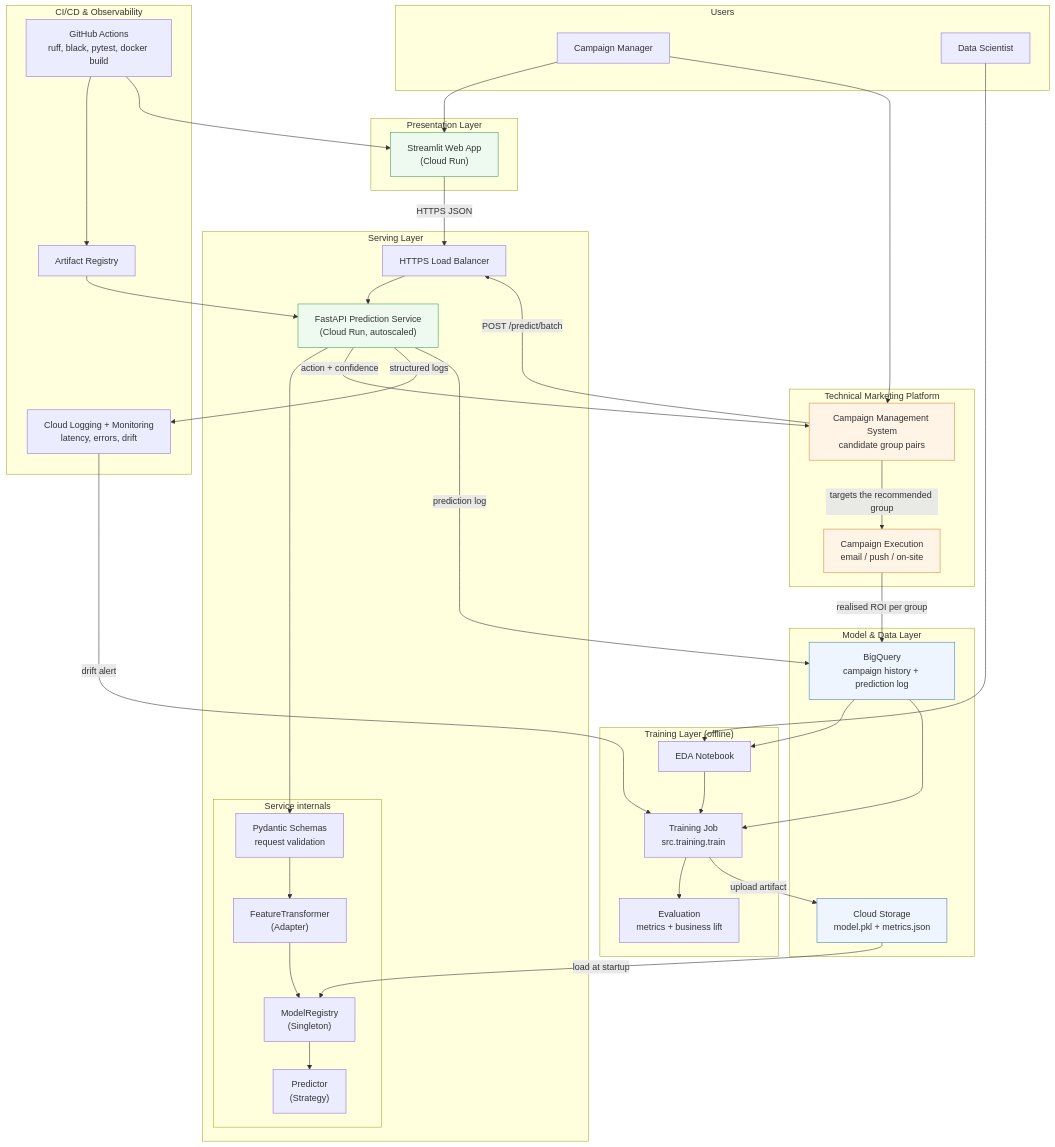
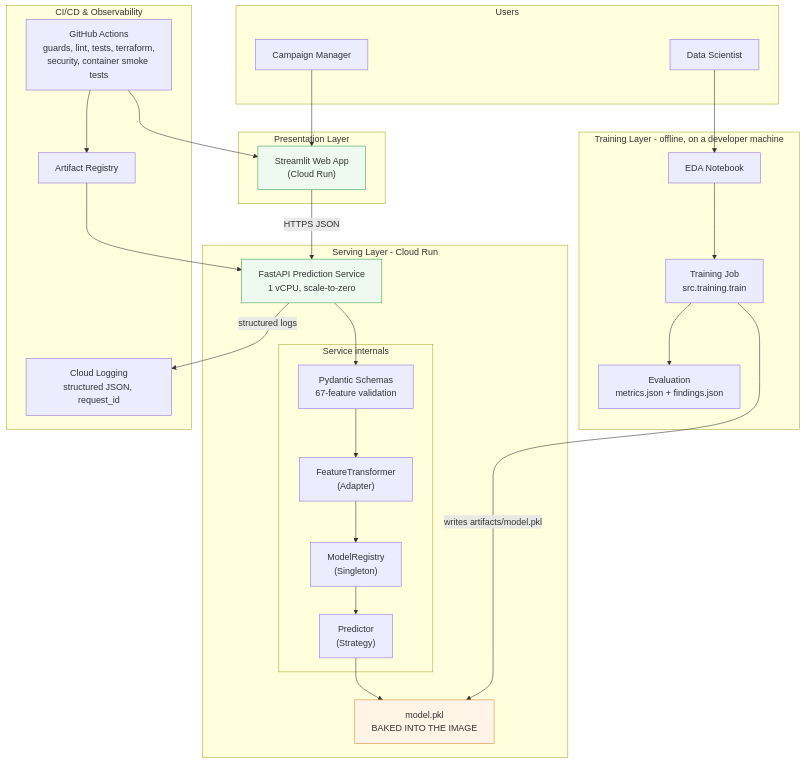
Before and after one commit to venkatasuda/campaign-group-predictor: the first of 4 diagrams in docs/architecture.md, drawn with Mermaid. The commit also changed other lines of this file and 7 other files, not shown here.

Commit message:
Review points 1-10: model_version, validation 422 fix, structured prediction logs, diagram split, timeout, dedup

````diff
--- a/docs/architecture.md
+++ b/docs/architecture.md
@@ -13,78 +28,54 @@
 ```mermaid
 flowchart TB
     subgraph Users["Users"]
         CM["Campaign Manager"]
         DS["Data Scientist"]
     end
 
-    subgraph Marketing["Technical Marketing Platform"]
-        CMP["Campaign Management System<br/>candidate group pairs"]
-        EXEC["Campaign Execution<br/>email / push / on-site"]
-    end
-
     subgraph Frontend["Presentation Layer"]
         UI["Streamlit Web App<br/>(Cloud Run)"]
     end
 
-    subgraph Backend["Serving Layer"]
-        LB["HTTPS Load Balancer"]
-        API["FastAPI Prediction Service<br/>(Cloud Run, autoscaled)"]
+    subgraph Backend["Serving Layer - Cloud Run"]
+        API["FastAPI Prediction Service<br/>1 vCPU, scale-to-zero"]
         subgraph Internals["Service internals"]
-            SCH["Pydantic Schemas<br/>request validation"]
+            SCH["Pydantic Schemas<br/>67-feature validation"]
             ADP["FeatureTransformer<br/>(Adapter)"]
             REG["ModelRegistry<br/>(Singleton)"]
             PRD["Predictor<br/>(Strategy)"]
         end
+        MDL["model.pkl<br/>BAKED INTO THE IMAGE"]
     end
 
-    subgraph Storage["Model & Data Layer"]
-        GCS["Cloud Storage<br/>model.pkl + metrics.json"]
-        BQ["BigQuery<br/>campaign history + prediction log"]
-    end
-
-    subgraph Training["Training Layer (offline)"]
+    subgraph Training["Training Layer - offline, on a developer machine"]
         NB["EDA Notebook"]
         TRN["Training Job<br/>src.training.train"]
-        EVAL["Evaluation<br/>metrics + business lift"]
+        EVAL["Evaluation<br/>metrics.json + findings.json"]
     end
 
     subgraph Ops["CI/CD & Observability"]
-        GH["GitHub Actions<br/>ruff, black, pytest, docker build"]
+        GH["GitHub Actions<br/>guards, lint, tests, terraform,<br/>security, container smoke tests"]
         AR["Artifact Registry"]
-        MON["Cloud Logging + Monitoring<br/>latency, errors, drift"]
+        LOG["Cloud Logging<br/>structured JSON, request_id"]
     end
 
     CM --> UI
-    CM --> CMP
     DS --> NB
 
-    UI -->|HTTPS JSON| LB
-    CMP -->|POST /predict/batch| LB
-    LB --> API
+    UI -->|HTTPS JSON| API
     API --> SCH --> ADP --> REG --> PRD
+    PRD --> MDL
 
-    API -->|action + confidence| CMP
-    CMP -->|targets the recommended group| EXEC
-    EXEC -->|realised ROI per group| BQ
-
-    BQ --> NB
-    BQ --> TRN
     NB --> TRN
     TRN --> EVAL
-    TRN -->|upload artifact| GCS
-    GCS -->|load at startup| REG
+    TRN -->|writes artifacts/model.pkl| MDL
 
-    API -->|structured logs| MON
-    API -->|prediction log| BQ
-    MON -->|drift alert| TRN
-
+    API -->|structured logs| LOG
     GH --> AR --> API
     GH --> UI
 
-    classDef store fill:#eef5ff,stroke:#4a7dbd
     classDef svc fill:#eefaf0,stroke:#3f9d59
-    classDef mktg fill:#fff4e6,stroke:#d98b32
-    class GCS,BQ store
+    classDef baked fill:#fff4e6,stroke:#d98b32
     class API,UI svc
-    class CMP,EXEC mktg
+    class MDL baked
 ```
````
